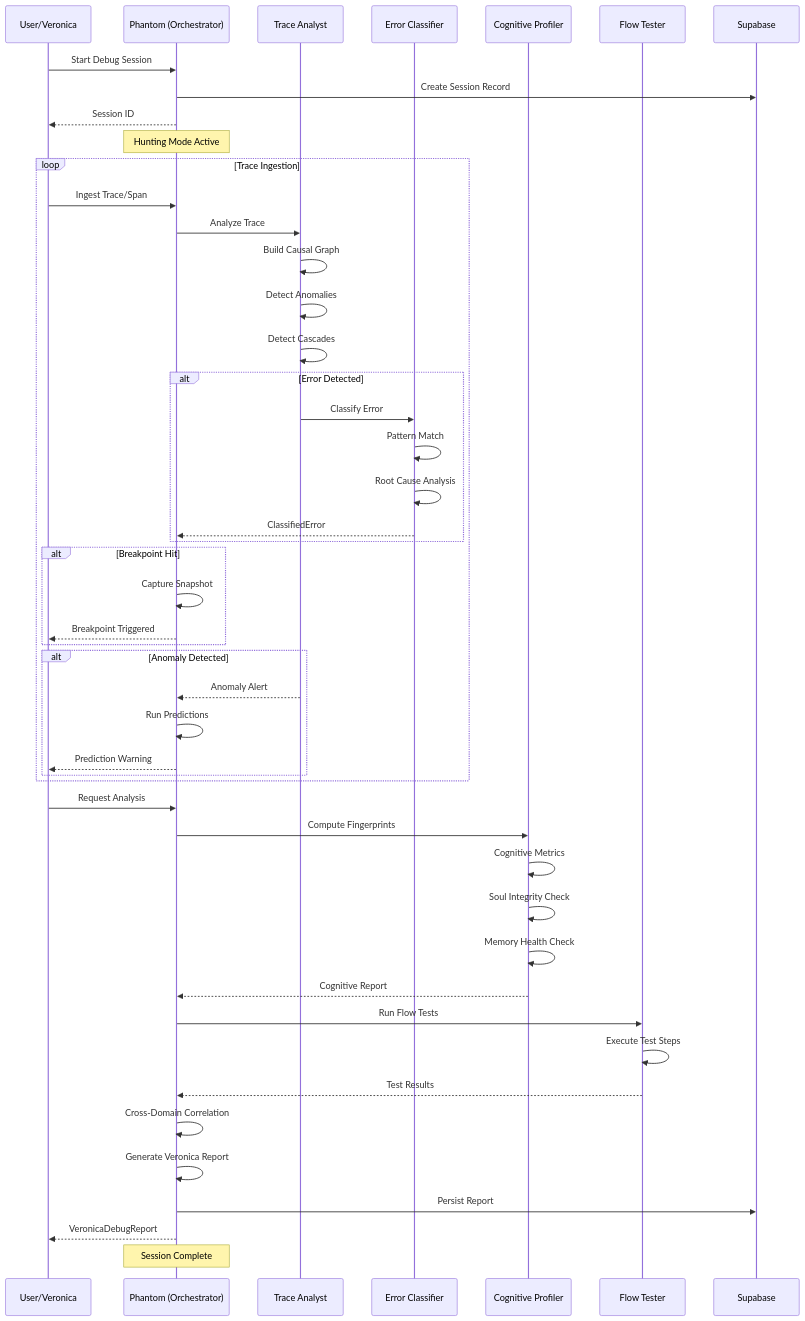
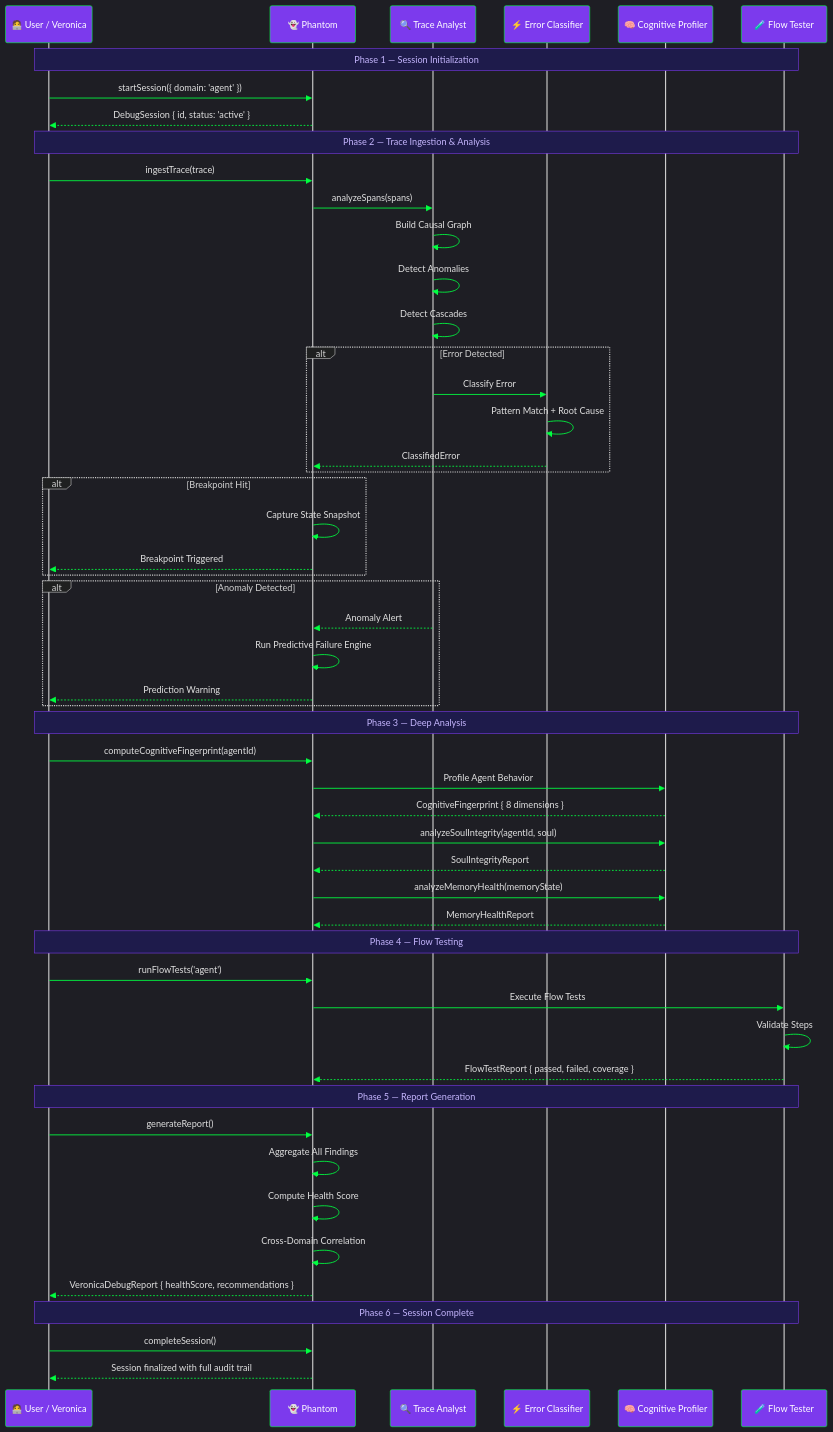
One commit to Alexi5000/CipherClaw changed the diagram in docs/diagrams/debug-session-flow.mmd. Above: the diagram before and after it, drawn with Mermaid. The commit also changed 30 other files, not shown here.

```diff
--- a/docs/diagrams/debug-session-flow.mmd
+++ b/docs/diagrams/debug-session-flow.mmd
@@ -1,58 +1,63 @@
+%%{init: {'theme': 'dark', 'themeVariables': {'primaryColor': '#7c3aed', 'actorBkg': '#7c3aed', 'actorBorder': '#00ff41', 'actorTextColor': '#fff', 'signalColor': '#00ff41', 'signalTextColor': '#e0e0e0', 'noteBkgColor': '#1e1b4b', 'noteTextColor': '#c4b5fd', 'noteBorderColor': '#7c3aed', 'activationBkgColor': '#2d1b69', 'activationBorderColor': '#00ff41'}}}%%
+
 sequenceDiagram
-    participant U as User/Veronica
-    participant P as Phantom (Orchestrator)
-    participant TA as Trace Analyst
-    participant EC as Error Classifier
-    participant CP as Cognitive Profiler
-    participant FT as Flow Tester
-    participant DB as Supabase
+    participant U as 🧑‍💻 User / Veronica
+    participant P as 👻 Phantom
+    participant TA as 🔍 Trace Analyst
+    participant EC as ⚡ Error Classifier
+    participant CP as 🧠 Cognitive Profiler
+    participant FT as 🧪 Flow Tester
 
-    U->>P: Start Debug Session
-    P->>DB: Create Session Record
-    P-->>U: Session ID
+    Note over U,FT: Phase 1 — Session Initialization
+    U->>P: startSession({ domain: 'agent' })
+    P-->>U: DebugSession { id, status: 'active' }
 
-    Note over P: Hunting Mode Active
+    Note over U,FT: Phase 2 — Trace Ingestion & Analysis
+    U->>P: ingestTrace(trace)
+    P->>TA: analyzeSpans(spans)
+    TA->>TA: Build Causal Graph
+    TA->>TA: Detect Anomalies
+    TA->>TA: Detect Cascades
 
-    loop Trace Ingestion
-        U->>P: Ingest Trace/Span
-        P->>TA: Analyze Trace
-        TA->>TA: Build Causal Graph
-        TA->>TA: Detect Anomalies
-        TA->>TA: Detect Cascades
-
-        alt Error Detected
-            TA->>EC: Classify Error
-            EC->>EC: Pattern Match
-            EC->>EC: Root Cause Analysis
-            EC-->>P: ClassifiedError
-        end
-
-        alt Breakpoint Hit
-            P->>P: Capture Snapshot
-            P-->>U: Breakpoint Triggered
-        end
-
-        alt Anomaly Detected
-            TA-->>P: Anomaly Alert
-            P->>P: Run Predictions
-            P-->>U: Prediction Warning
-        end
+    alt Error Detected
+        TA->>EC: Classify Error
+        EC->>EC: Pattern Match + Root Cause
+        EC-->>P: ClassifiedError
     end
 
-    U->>P: Request Analysis
-    P->>CP: Compute Fingerprints
-    CP->>CP: Cognitive Metrics
-    CP->>CP: Soul Integrity Check
-    CP->>CP: Memory Health Check
-    CP-->>P: Cognitive Report
+    alt Breakpoint Hit
+        P->>P: Capture State Snapshot
+        P-->>U: Breakpoint Triggered
+    end
 
-    P->>FT: Run Flow Tests
-    FT->>FT: Execute Test Steps
-    FT-->>P: Test Results
+    alt Anomaly Detected
+        TA-->>P: Anomaly Alert
+        P->>P: Run Predictive Failure Engine
+        P-->>U: Prediction Warning
+    end
 
+    Note over U,FT: Phase 3 — Deep Analysis
+    U->>P: computeCognitiveFingerprint(agentId)
+    P->>CP: Profile Agent Behavior
+    CP-->>P: CognitiveFingerprint { 8 dimensions }
+    P->>CP: analyzeSoulIntegrity(agentId, soul)
+    CP-->>P: SoulIntegrityReport
+    P->>CP: analyzeMemoryHealth(memoryState)
+    CP-->>P: MemoryHealthReport
+
+    Note over U,FT: Phase 4 — Flow Testing
+    U->>P: runFlowTests('agent')
+    P->>FT: Execute Flow Tests
+    FT->>FT: Validate Steps
+    FT-->>P: FlowTestReport { passed, failed, coverage }
+
+    Note over U,FT: Phase 5 — Report Generation
+    U->>P: generateReport()
+    P->>P: Aggregate All Findings
+    P->>P: Compute Health Score
     P->>P: Cross-Domain Correlation
-    P->>P: Generate Veronica Report
-    P->>DB: Persist Report
-    P-->>U: VeronicaDebugReport
+    P-->>U: VeronicaDebugReport { healthScore, recommendations }
 
-    Note over P: Session Complete
+    Note over U,FT: Phase 6 — Session Complete
+    U->>P: completeSession()
+    P-->>U: Session finalized with full audit trail
```
